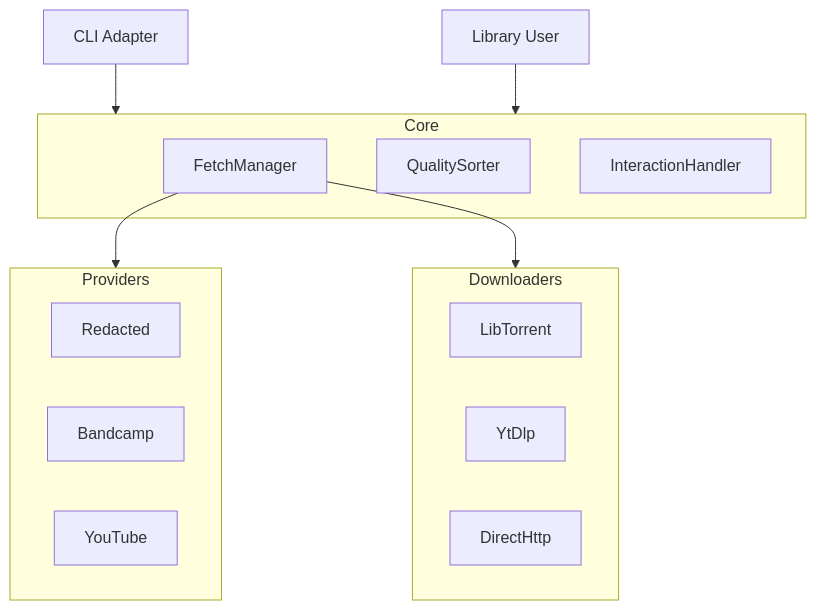
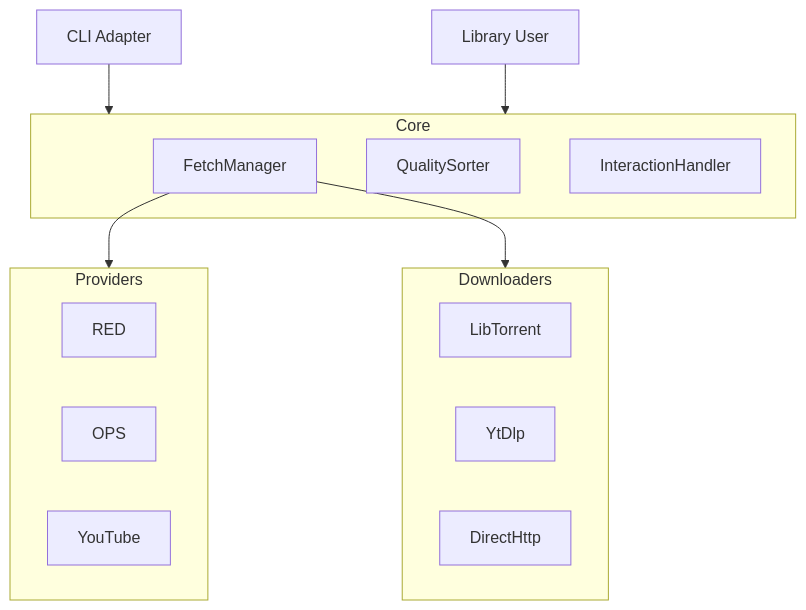
One commit to nomadkaraoke/flacfetch changed the diagram in PLAN.md. Above: the diagram before and after it, drawn with Mermaid. The commit also changed other lines of this file and 22 other files, not shown here.

First line of the commit message:
refactor: rename Redacted to RED and remove hardcoded private tracker URLs

````diff
--- a/PLAN.md
+++ b/PLAN.md
@@ -21,26 +21,26 @@
 ```mermaid
 graph TD
     CLI[CLI Adapter] --> Core
     Lib[Library User] --> Core
     
     subgraph Core
         FM[FetchManager]
         QS[QualitySorter]
         Handler[InteractionHandler]
     end
     
     FM --> Providers
     FM --> Downloaders
     
     subgraph Providers
-        Redacted
-        Bandcamp
+        RED
+        OPS
         YouTube
     end
     
     subgraph Downloaders
         LibTorrent
         YtDlp
         DirectHttp
     end
 ```
````
